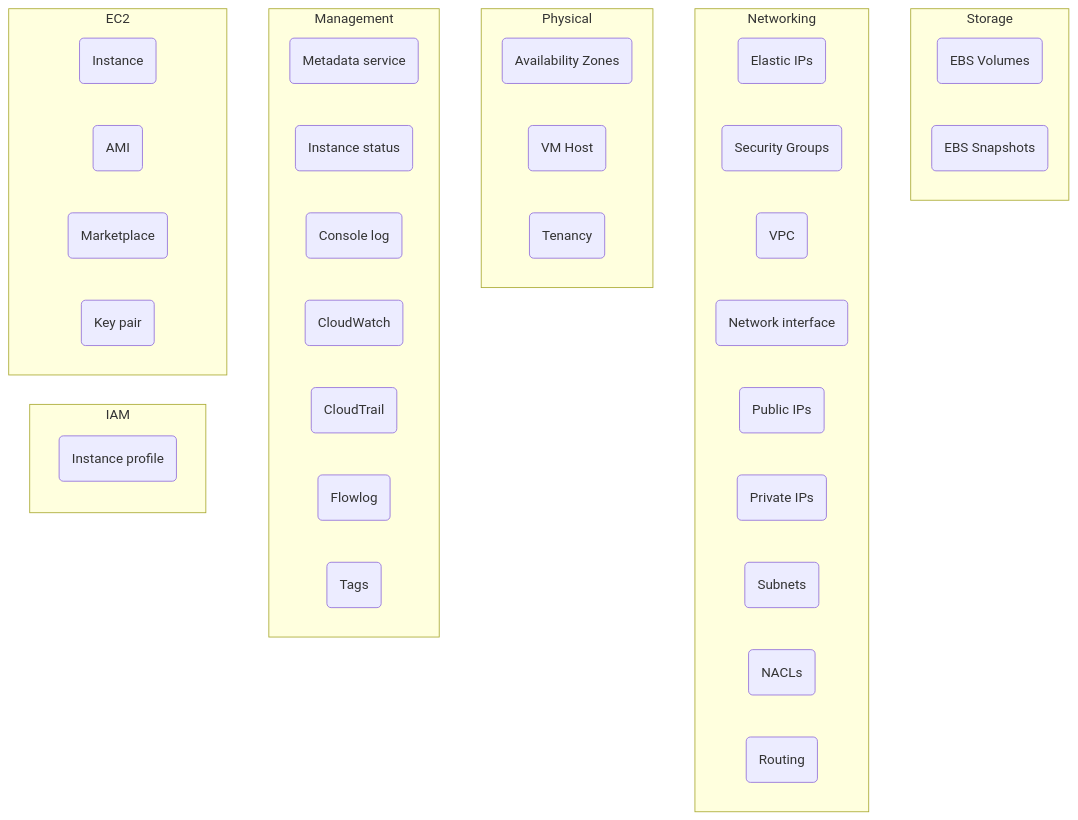
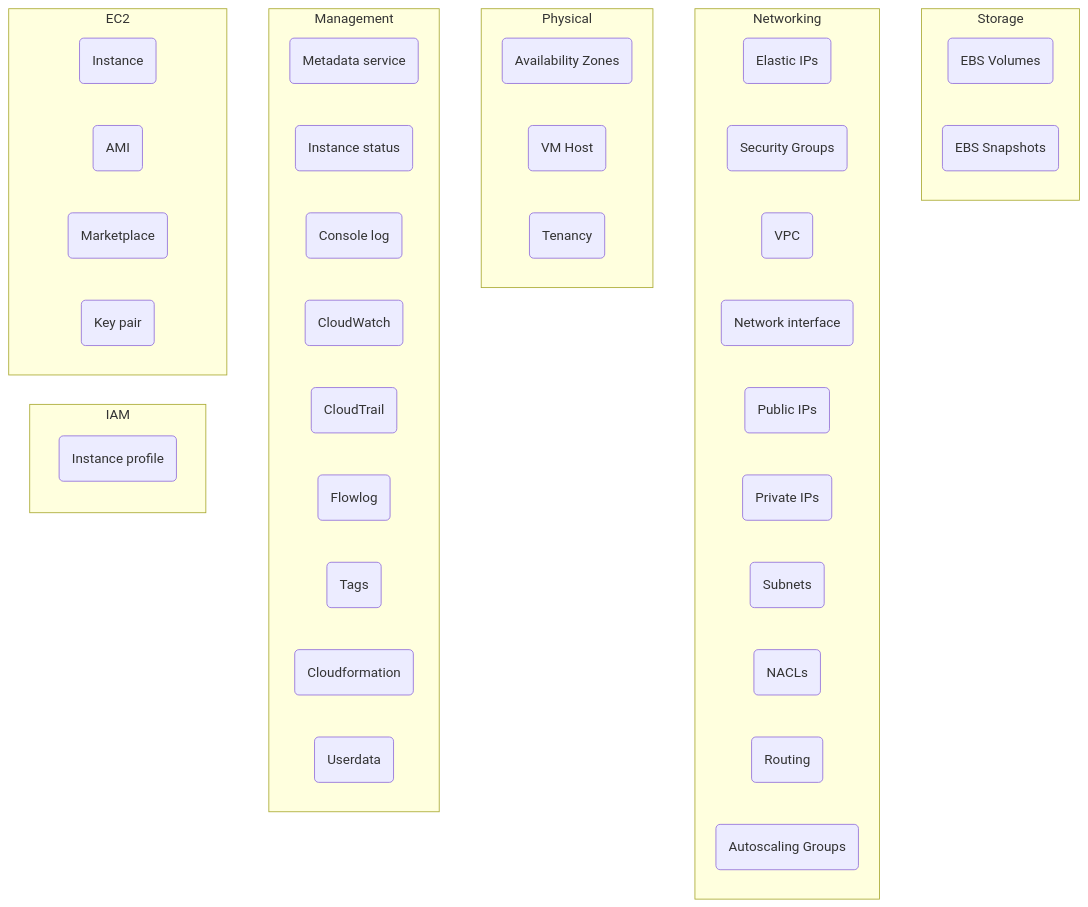
Before and after one commit to owasp-cloud-security/owasp-cloud-security: the diagram in aws/ec2/components.mmd, drawn with Mermaid. The commit also changed 1 other file, not shown here.

Commit message:
adds missing components and comments

```diff
--- a/aws/ec2/components.mmd
+++ b/aws/ec2/components.mmd
@@ -1,54 +1,62 @@
+%% Mermaid components diagram for AWS EC2
+%% For more information on mermaid, see https://knsv.github.io/mermaid/
+%% Note: linkStyles below set the links to 0px stroke to force subgraphs
+%%       into a particular arrangement
+
 graph LR
   subgraph Networking
     eip(Elastic IPs)
     sg(Security Groups)
     vpc(VPC)
     eni(Network interface)
     publicip(Public IPs)
     privateip(Private IPs)
     subnet(Subnets)
     nacl(NACLs)
     routing(Routing)
+    asg(Autoscaling Groups)
   end
 
   subgraph IAM
     instanceprofile(Instance profile)
   end
 
   subgraph Storage
     ebsvolume(EBS Volumes)
     ebssnapshot(EBS Snapshots)
   end
 
   subgraph Management
     metadata(Metadata service)
     status(Instance status)
     consolelog(Console log)
     cloudwatch(CloudWatch)
     cloudtrail(CloudTrail)
     flowlog(Flowlog)
     tag(Tags)
+    cloudformation(Cloudformation)
+    userdata(Userdata)
   end
 
   subgraph Physical
     az(Availability Zones)
     vmhost(VM Host)
     tenancy(Tenancy)
   end
 
   subgraph EC2
     instance(Instance)
     ami(AMI)
     market(Marketplace)
     key(Key pair)
   end
 
 
   instance --- metadata
   metadata --- az
   az --- eip
   eip --- ebsvolume
   linkStyle 0 stroke:#fff,stroke-width:0px;
   linkStyle 1 stroke:#fff,stroke-width:0px;
   linkStyle 2 stroke:#fff,stroke-width:0px;
   linkStyle 3 stroke:#fff,stroke-width:0px;
```
